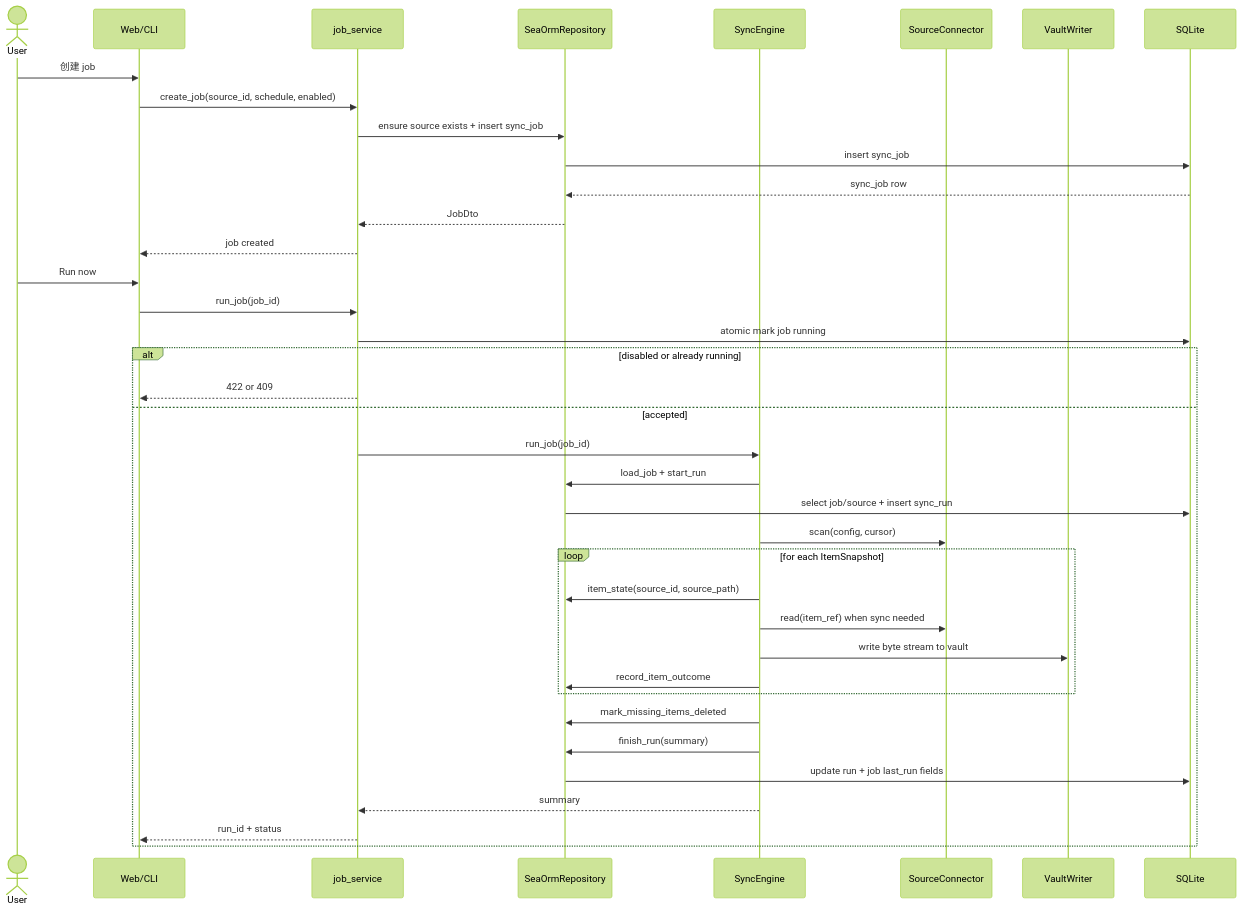
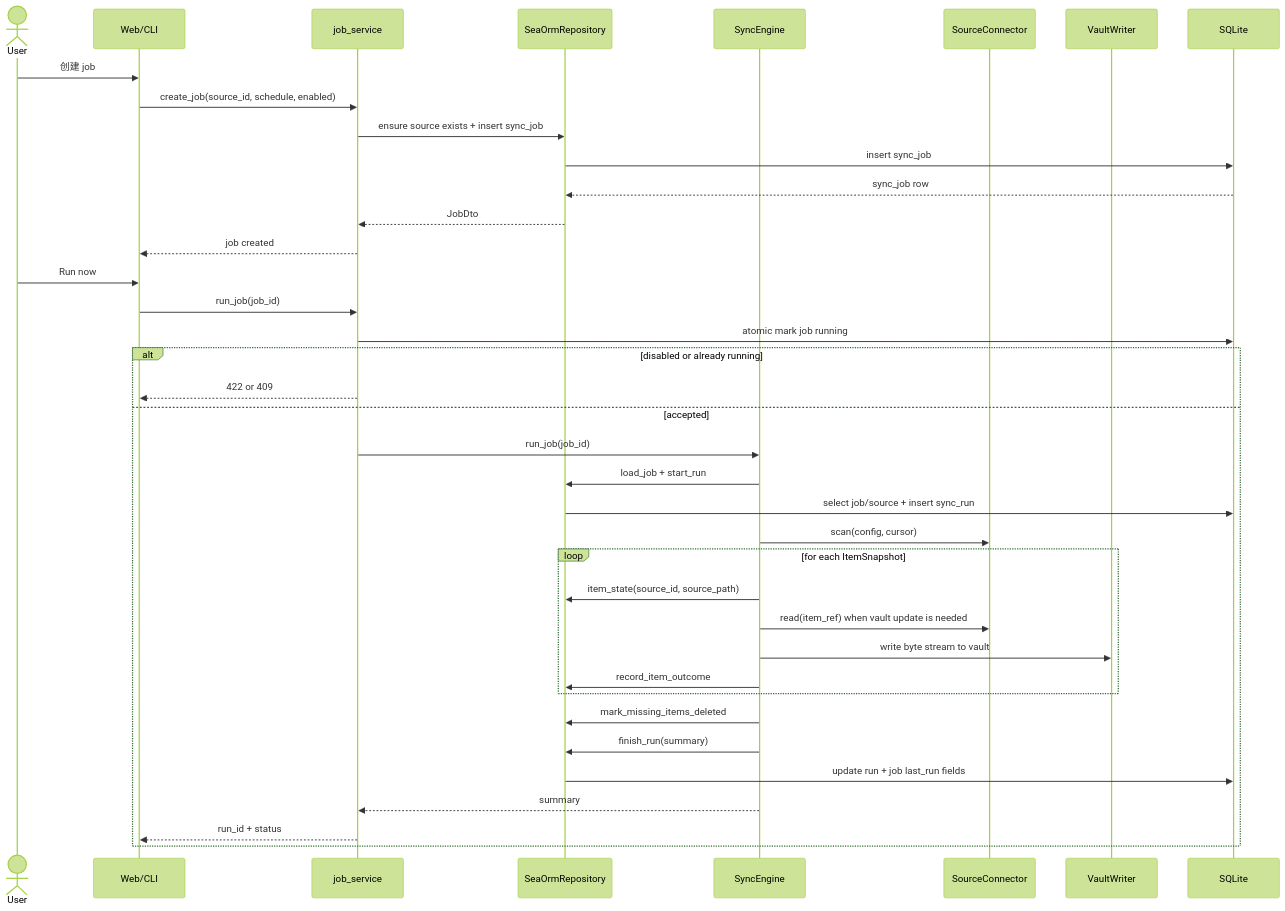
Before and after one commit to Ns2Kracy/hoarder: the third of 10 diagrams in docs/flows.md, drawn with Mermaid (forest theme). The commit also changed other lines of this file and 17 other files, not shown here.

````diff
--- a/docs/flows.md
+++ b/docs/flows.md
@@ -75,42 +75,42 @@
 ```mermaid
 sequenceDiagram
     actor User
     participant UI as Web/CLI
     participant JobService as job_service
     participant Repo as SeaOrmRepository
     participant Engine as SyncEngine
     participant Connector as SourceConnector
     participant Vault as VaultWriter
     participant DB as SQLite
 
     User->>UI: 创建 job
     UI->>JobService: create_job(source_id, schedule, enabled)
     JobService->>Repo: ensure source exists + insert sync_job
     Repo->>DB: insert sync_job
     DB-->>Repo: sync_job row
     Repo-->>JobService: JobDto
     JobService-->>UI: job created
 
     User->>UI: Run now
     UI->>JobService: run_job(job_id)
     JobService->>DB: atomic mark job running
     alt disabled or already running
         JobService-->>UI: 422 or 409
     else accepted
         JobService->>Engine: run_job(job_id)
         Engine->>Repo: load_job + start_run
         Repo->>DB: select job/source + insert sync_run
         Engine->>Connector: scan(config, cursor)
         loop for each ItemSnapshot
             Engine->>Repo: item_state(source_id, source_path)
-            Engine->>Connector: read(item_ref) when sync needed
+            Engine->>Connector: read(item_ref) when vault update is needed
             Engine->>Vault: write byte stream to vault
             Engine->>Repo: record_item_outcome
         end
         Engine->>Repo: mark_missing_items_deleted
         Engine->>Repo: finish_run(summary)
         Repo->>DB: update run + job last_run fields
         Engine-->>JobService: summary
         JobService-->>UI: run_id + status
     end
 ```
````
